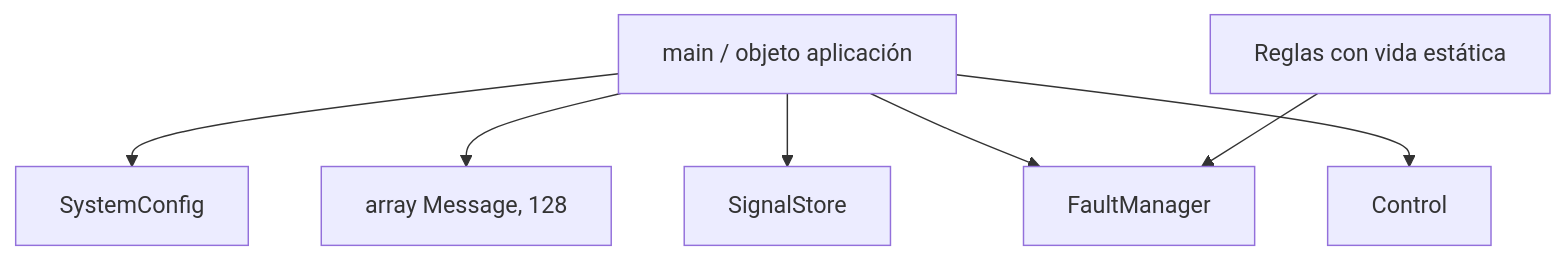
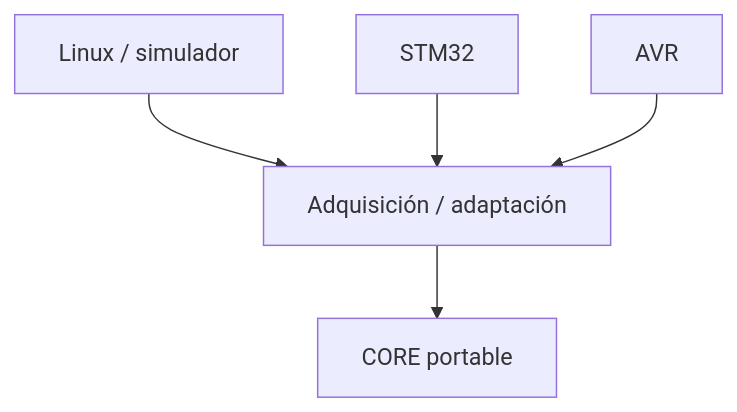
The fifth of 5 diagrams in docs/ARCHITECTURE.md (jccp33/myECU), drawn with Mermaid before and after one commit. The commit also changed other lines of this file and 17 other files, not shown here.

Commit message:
refactor(core): consolidate signal configuration

````diff
--- a/docs/ARCHITECTURE.md
+++ b/docs/ARCHITECTURE.md
@@ -81,10 +316,14 @@
 ```mermaid
 flowchart TD
-    Main[main / objeto aplicación]
-    Main --> Config[SystemConfig]
-    Main --> Messages[array Message, 128]
-    Main --> Store[SignalStore]
-    Main --> Manager[FaultManager]
-    Main --> ControlObj[Control]
-    Rules[Reglas con vida estática] --> Manager
+
+    Linux[Linux / simulador]
+    STM32[STM32]
+    AVR[AVR]
+    Adapter[Adquisición / adaptación]
+    Core[CORE portable]
+
+    Linux --> Adapter
+    STM32 --> Adapter
+    AVR --> Adapter
+    Adapter --> Core
 ```
````
